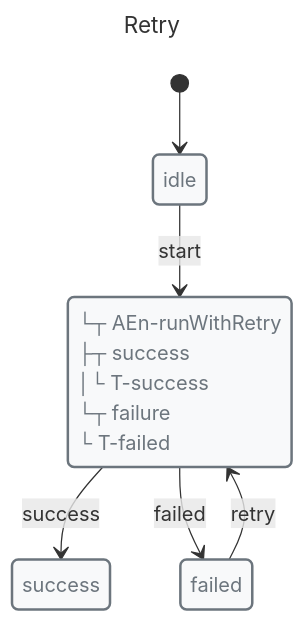
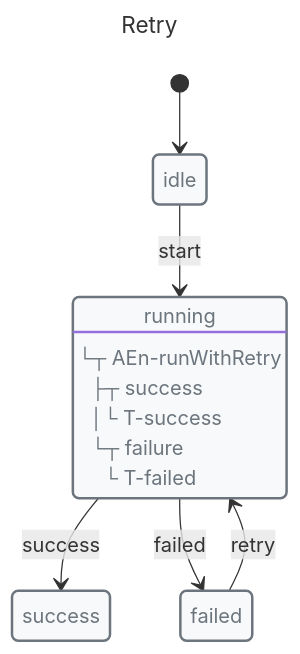
The third of 3 diagrams in docs/guides/async.md (Masquerade-Circus/x-robot), drawn with Mermaid before and after one commit. The commit also changed other lines of this file and 123 other files, not shown here.

Commit message:
refactor: improve mermaid code

````diff
--- a/docs/guides/async.md
+++ b/docs/guides/async.md
@@ -175,31 +175,32 @@
 ```mermaid
 ---
 title: Retry
 ---
 
 stateDiagram-v2
+direction TB
 
 classDef danger fill:#f8d7da,stroke:#721c24,stroke-width:2px,text-align:left,color:#721c24
 classDef warning fill:#fff3cd,stroke:#856404,stroke-width:2px,text-align:left,color:#856404
 classDef success fill:#d4edda,stroke:#155724,stroke-width:2px,text-align:left,color:#155724
 classDef primary fill:#cce5ff,stroke:#004085,stroke-width:2px,text-align:left,color:#004085
 classDef info fill:#d1ecf1,stroke:#0c5460,stroke-width:2px,text-align:left,color:#0c5460
 classDef def fill:#f8f9fa,stroke:#6c757d,stroke-width:2px,text-align:left,color:#6c757d
 
-state idle
-state running
-state success
-state failed
+state "idle" as idle
+state "running" as running
+state "success" as success
+state "failed" as failed
 class idle def
 class running def
 class success def
 class failed def
 
-running: └┬ AEn-runWithRetry<br> ├┬ success<br> │└ T-success<br> └┬ failure<br>  └ T-failed
+running: └┬ AEn-runWithRetry<br> ├┬ success<br> │└ T-success<br> └┬ failure<br>  └ T-failed
 
 [*] --> idle
 idle --> running: start
 running --> success: success
 running --> failed: failed
 failed --> running: retry
 ```
````
